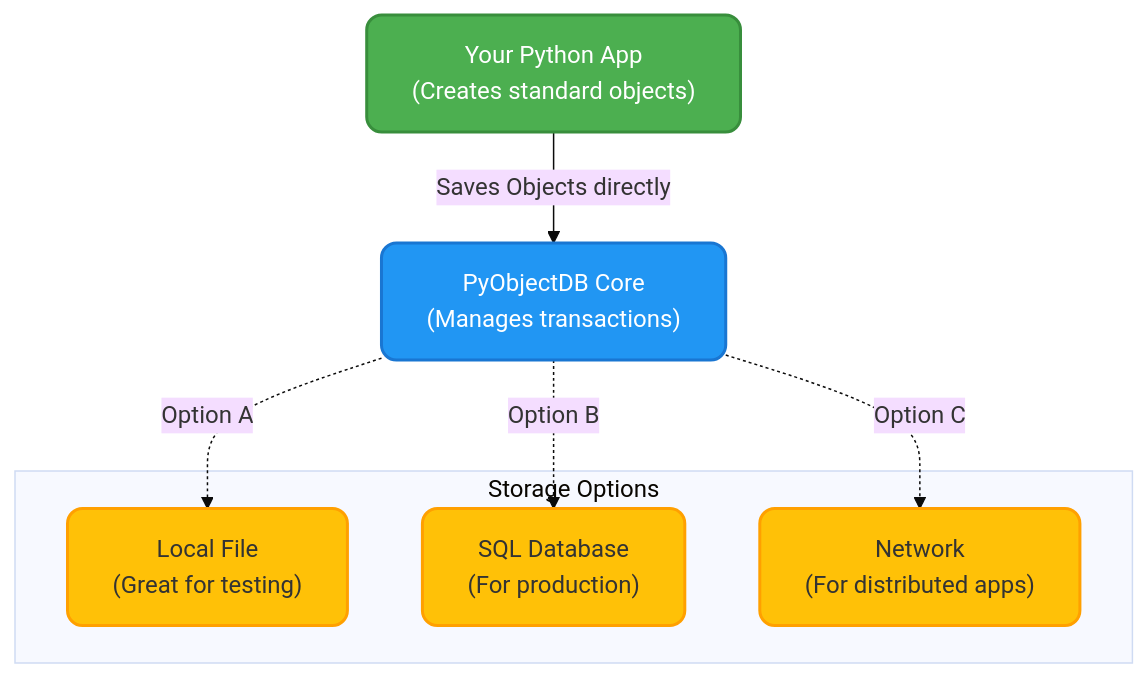
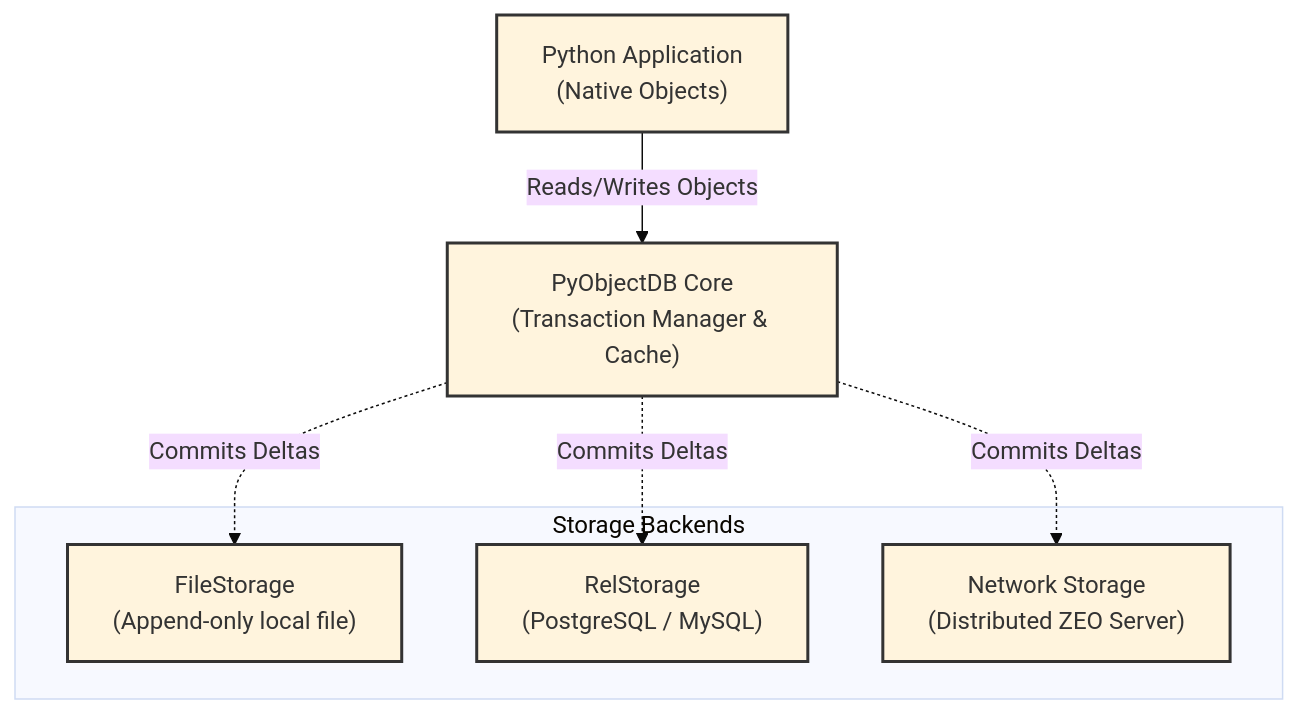
Before and after one commit to Sat-14/PyObjectDB: the diagram in README.md, drawn with Mermaid (base theme). The commit also changed other lines of this file, not shown here.

Commit message:
Update README with technical details and robust diagrams

````diff
--- a/README.md
+++ b/README.md
@@ -18,22 +11,19 @@
 ```mermaid
 flowchart TD
-    %% Define styles for a friendly look
-    classDef app fill:#4CAF50,stroke:#388E3C,stroke-width:2px,color:#fff,rx:10,ry:10
-    classDef core fill:#2196F3,stroke:#1976D2,stroke-width:2px,color:#fff,rx:10,ry:10
-    classDef storage fill:#FFC107,stroke:#FFA000,stroke-width:2px,color:#333,rx:10,ry:10
+    classDef component stroke:#333,stroke-width:2px;
 
-    App[" Your Python App\n(Creates standard objects)"]:::app
-    Core[" PyObjectDB Core\n(Manages transactions)"]:::core
+    App["Python Application\n(Native Objects)"]:::component
+    Core["PyObjectDB Core\n(Transaction Manager & Cache)"]:::component
     
-    App -->|Saves Objects directly| Core
+    App -->|Reads/Writes Objects| Core
     
-    subgraph Storage Options
-        File[" Local File\n(Great for testing)"]:::storage
-        DB[" SQL Database\n(For production)"]:::storage
-        Net[" Network\n(For distributed apps)"]:::storage
+    subgraph Storage Backends
+        File["FileStorage\n(Append-only local file)"]:::component
+        RelStorage["RelStorage\n(PostgreSQL / MySQL)"]:::component
+        ZEO["Network Storage\n(Distributed ZEO Server)"]:::component
     end
     
-    Core -.->|Option A| File
-    Core -.->|Option B| DB
-    Core -.->|Option C| Net
+    Core -.->|Commits Deltas| File
+    Core -.->|Commits Deltas| RelStorage
+    Core -.->|Commits Deltas| ZEO
 ```
````
